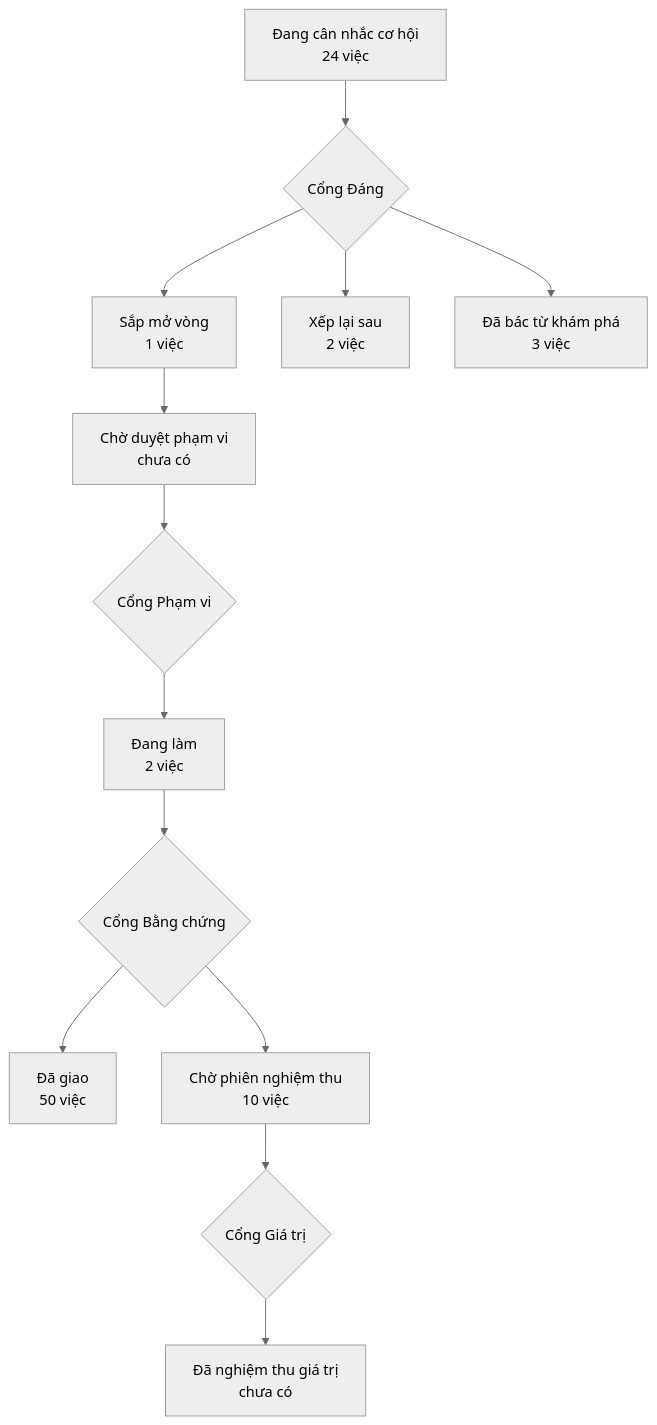
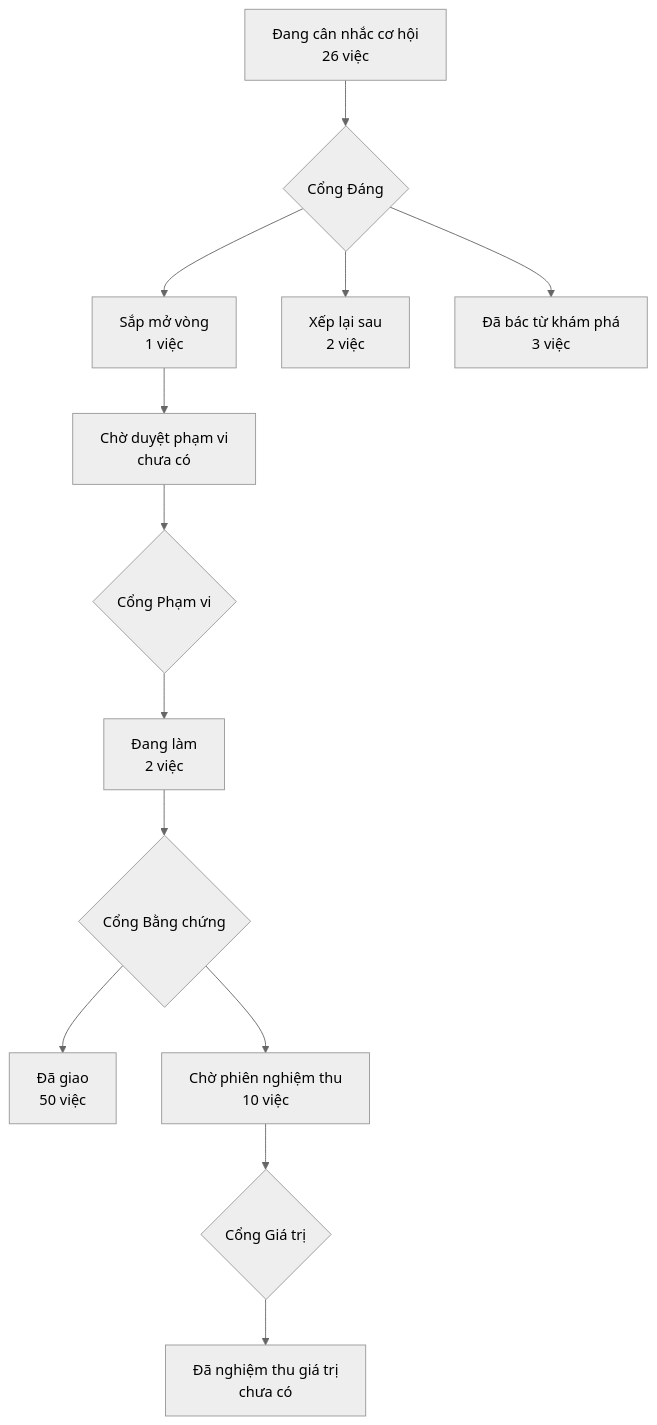
Before and after one commit to phanlemanh/acceptance-gate-kit: the diagram in PRODUCT-MAP.md, drawn with Mermaid (neutral theme). The commit also changed other lines of this file and 2 other files, not shown here.

Commit message:
chore(o): mở hai ô — khuôn sổ tự tính `at` · lưới trước-merge như CI trước khi mở PR
Owner gọi tên 11/09/2026 («mở ô cho đề xuất 1 và 2») sau PR #168.

- khuon-so-tu-tinh-at: khuôn DEC-ID-RECIPE tự tính id nhưng vẫn bắt gõ tay
  `at`; chính vòng dựng khuôn đã gõ lệch (09:40 vs giây thật 092728).
- premerge-nhu-ci-truoc-khi-mo-pr: PR #168 có 3 lượt push đỏ ở gate, cả ba đo
  được tại máy nếu chạy đúng như CI (cây gộp main, PRE_MERGE_BASE, mã thoát
  thật). Ô mở dưới luật nới 07/09 (CỘNG một bước kiểm).

Hai ô ở «đang cân nhắc» (decision trống, Timebox còn …); ngưỡng mang tiền tố
[đề xuất] để owner gỡ khi chốt. Không spec, không contract. Bản đồ vẽ lại.

````diff
--- a/PRODUCT-MAP.md
+++ b/PRODUCT-MAP.md
@@ -6,12 +6,12 @@
 ```mermaid
 flowchart TD
-  A["Đang cân nhắc cơ hội<br/>24 việc"] --> GD{"Cổng Đáng"}
+  A["Đang cân nhắc cơ hội<br/>26 việc"] --> GD{"Cổng Đáng"}
   GD --> B["Sắp mở vòng<br/>1 việc"]
   GD --> XL["Xếp lại sau<br/>2 việc"]
   GD --> DB["Đã bác từ khám phá<br/>3 việc"]
   B --> CD["Chờ duyệt phạm vi<br/>chưa có"] --> GP{"Cổng Phạm vi"}
   GP --> DL["Đang làm<br/>2 việc"] --> GB{"Cổng Bằng chứng"}
   GB --> DG["Đã giao<br/>50 việc"]
   GB --> CN["Chờ phiên nghiệm thu<br/>10 việc"] --> GG{"Cổng Giá trị"}
   GG --> NT["Đã nghiệm thu giá trị<br/>chưa có"]
 ```
````
